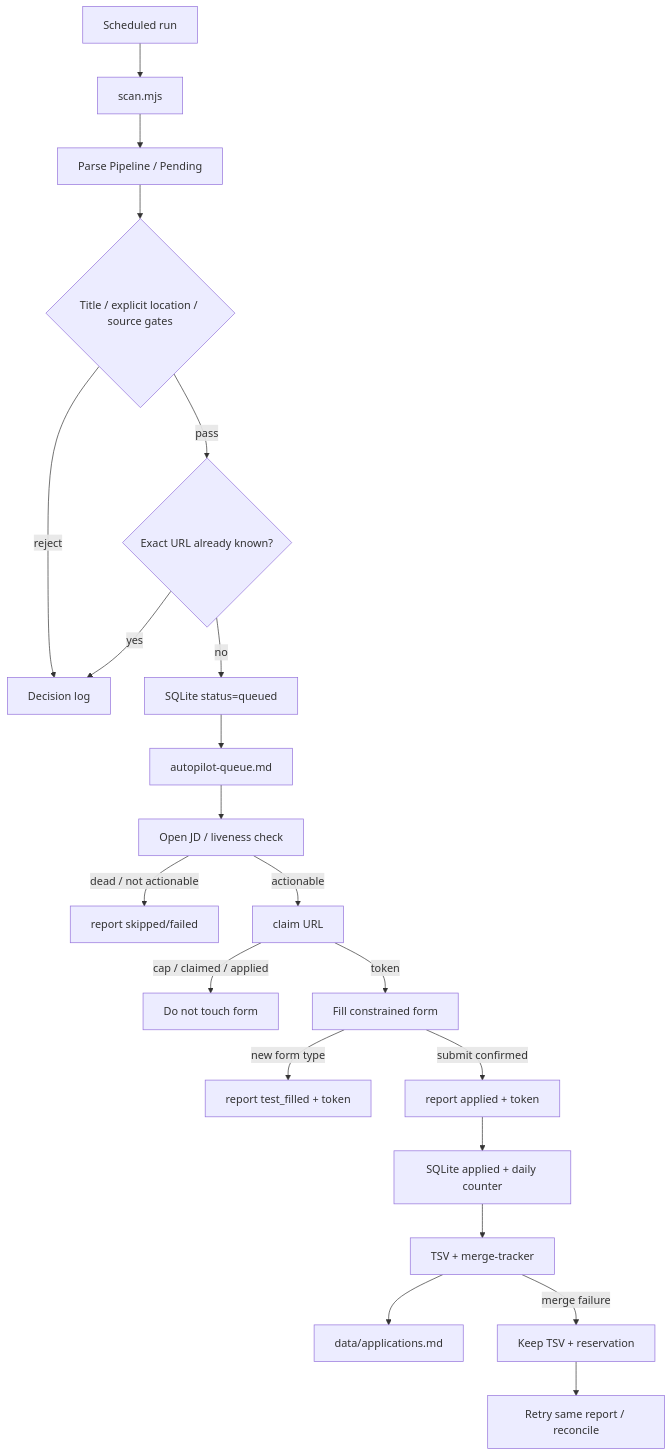
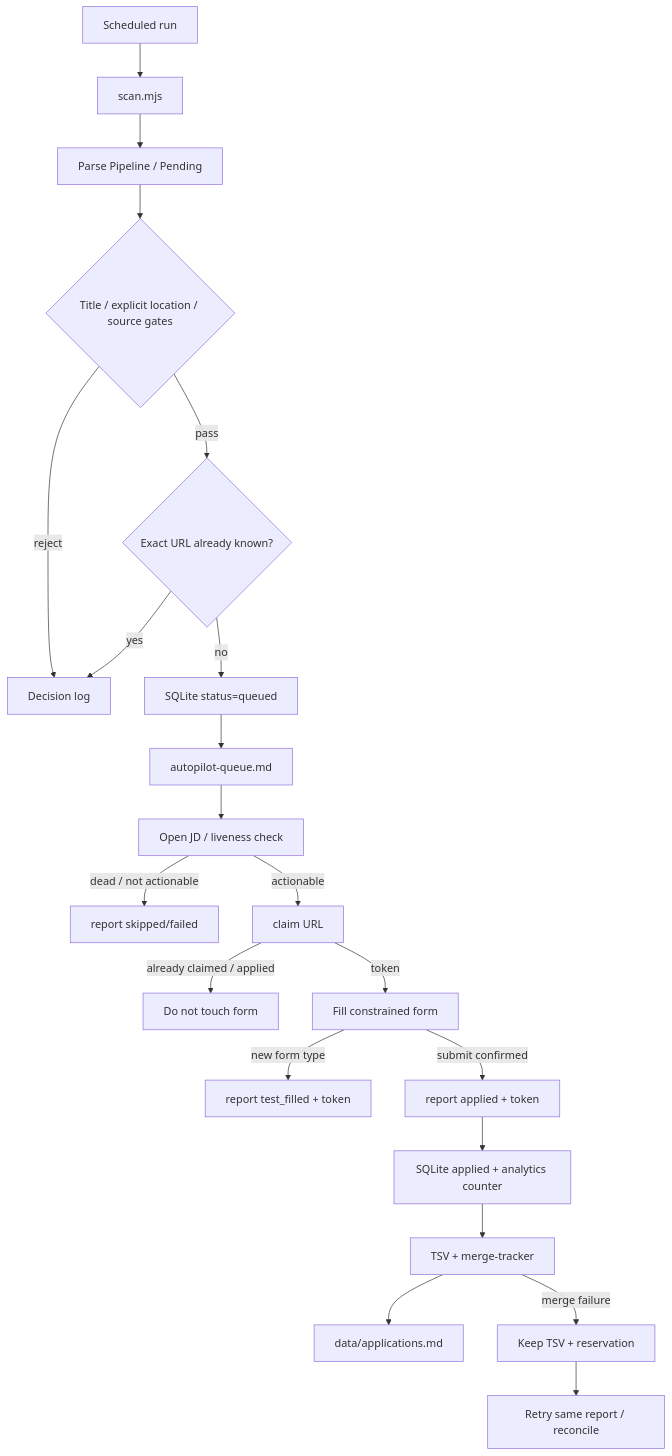
One commit to orelkrylatiy/career-ops changed the second of 2 diagrams in AUTOPILOT_SPEC.md. Above: the diagram before and after it, drawn with Mermaid. The commit also changed other lines of this file, not shown here.

````diff
--- a/AUTOPILOT_SPEC.md
+++ b/AUTOPILOT_SPEC.md
@@ -66,23 +66,23 @@
 ```mermaid
 flowchart TD
     A[Scheduled run] --> B[scan.mjs]
     B --> C[Parse Pipeline / Pending]
     C --> D{Title / explicit location / source gates}
     D -->|reject| E[Decision log]
     D -->|pass| F{Exact URL already known?}
     F -->|yes| E
     F -->|no| G[SQLite status=queued]
     G --> H[autopilot-queue.md]
     H --> I[Open JD / liveness check]
     I -->|dead / not actionable| J[report skipped/failed]
     I -->|actionable| K[claim URL]
-    K -->|cap / claimed / applied| L[Do not touch form]
+    K -->|already claimed / applied| L[Do not touch form]
     K -->|token| M[Fill constrained form]
     M -->|new form type| N[report test_filled + token]
     M -->|submit confirmed| O[report applied + token]
-    O --> P[SQLite applied + daily counter]
+    O --> P[SQLite applied + analytics counter]
     P --> Q[TSV + merge-tracker]
     Q --> R[data/applications.md]
     Q -->|merge failure| S[Keep TSV + reservation]
     S --> T[Retry same report / reconcile]
 ```
````
